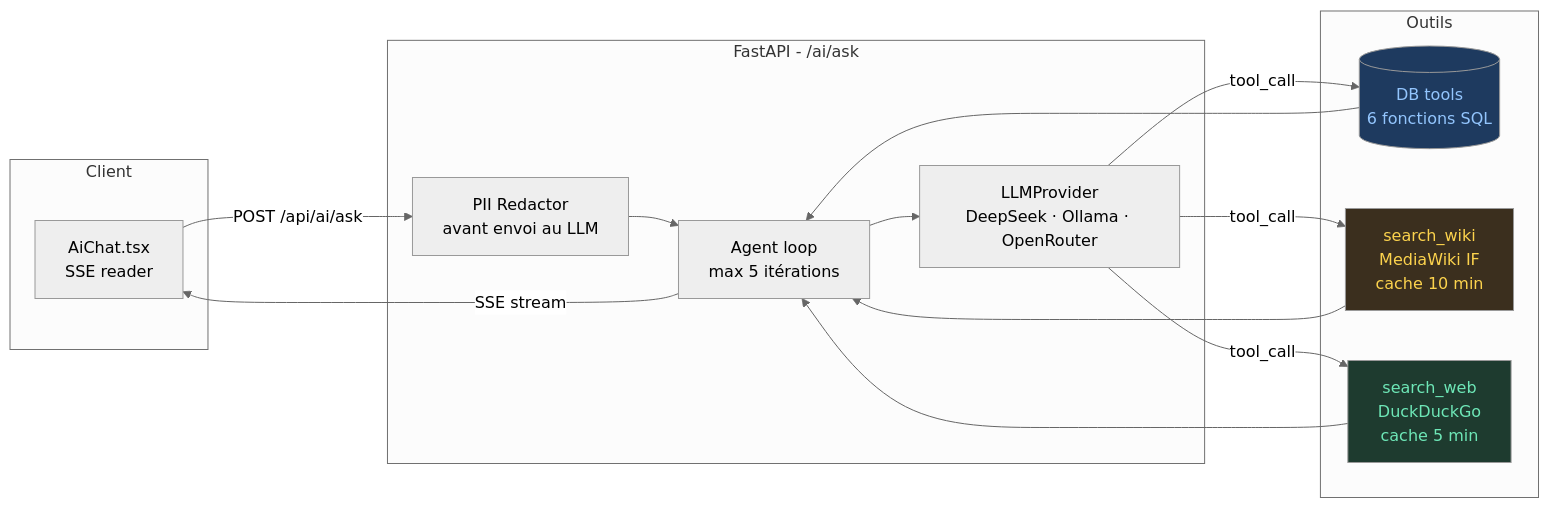
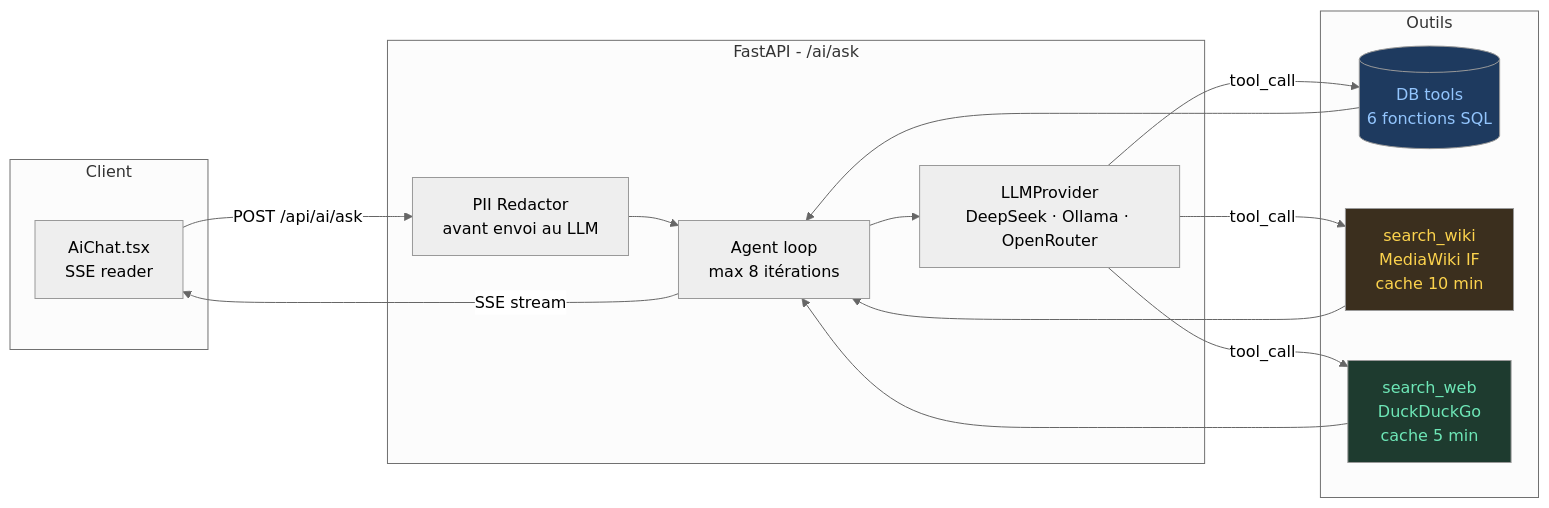
One commit to benjsant/InfiniDex changed the first of 5 diagrams in docs/ia.md. Above: the diagram before and after it, drawn with Mermaid (neutral theme). The commit also changed other lines of this file and 40 other files, not shown here.

````diff
--- a/docs/ia.md
+++ b/docs/ia.md
@@ -7,33 +7,33 @@
 ```mermaid
 flowchart LR
     subgraph Client
         UI[AiChat.tsx\nSSE reader]
     end
 
     subgraph Backend["FastAPI - /ai/ask"]
         PII[PII Redactor\navant envoi au LLM]
-        AGENT[Agent loop\nmax 5 itérations]
+        AGENT[Agent loop\nmax 8 itérations]
         PROV[LLMProvider\nDeepSeek · Ollama · OpenRouter]
     end
 
     subgraph Tools["Outils"]
         DB[(DB tools\n6 fonctions SQL)]
         WIKI[search_wiki\nMediaWiki IF\ncache 10 min]
         WEB[search_web\nDuckDuckGo\ncache 5 min]
     end
 
     UI   --POST /api/ai/ask--> PII
     PII  --> AGENT
     AGENT --> PROV
     PROV --tool_call--> DB
     PROV --tool_call--> WIKI
     PROV --tool_call--> WEB
     DB   --> AGENT
     WIKI --> AGENT
     WEB  --> AGENT
     AGENT --SSE stream--> UI
 
     style DB   fill:#1e3a5f,color:#93c5fd
     style WIKI fill:#3b2f1e,color:#fcd34d
     style WEB  fill:#1e3b2f,color:#6ee7b7
 ```
````
